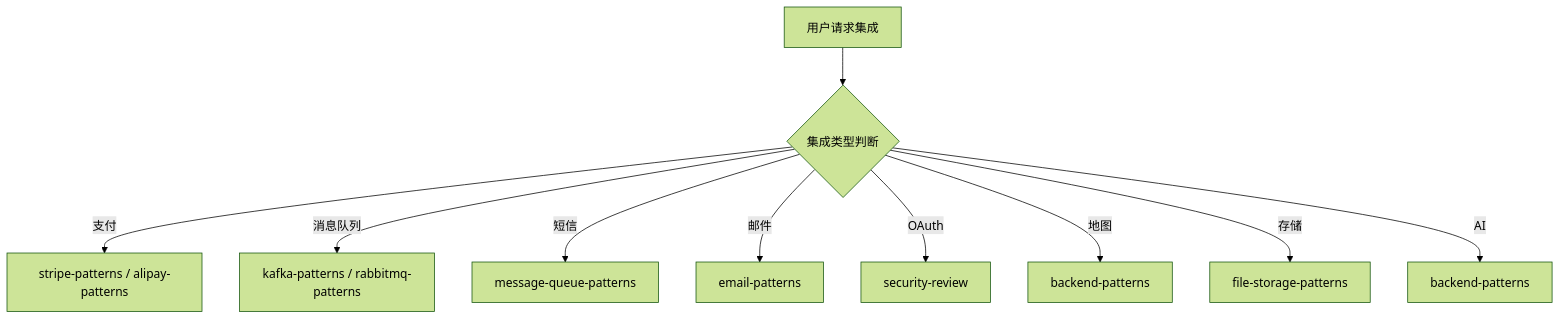
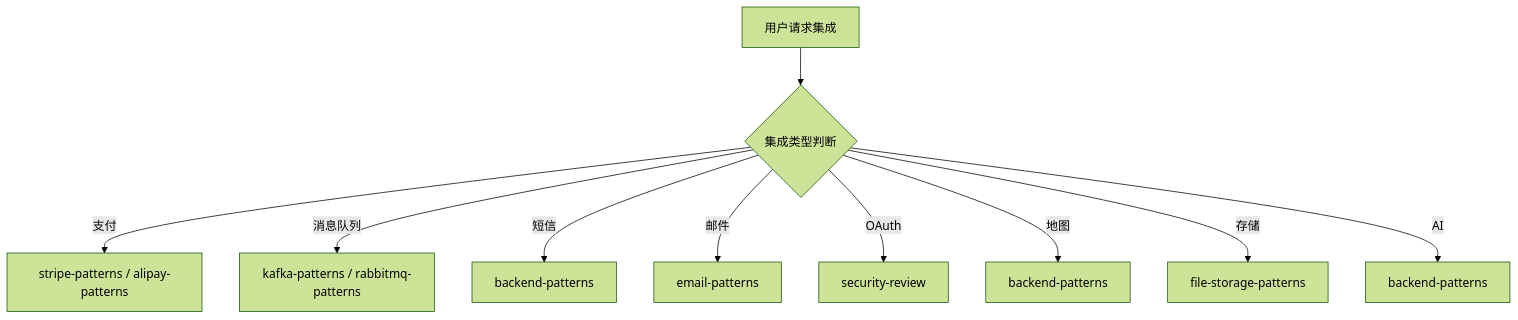
The diagram in agents/integration-team.md (Tooooommy/Trae-Workflow), drawn with Mermaid (forest theme) before and after one commit. The commit also changed other lines of this file and 11 other files, not shown here.

````diff
--- a/agents/integration-team.md
+++ b/agents/integration-team.md
@@ -38,12 +56,12 @@
 ```mermaid
 flowchart TD
     A[用户请求集成] --> B{集成类型判断}
     B -->|支付| C[stripe-patterns / alipay-patterns]
     B -->|消息队列| D[kafka-patterns / rabbitmq-patterns]
-    B -->|短信| E[message-queue-patterns]
+    B -->|短信| E[backend-patterns]
     B -->|邮件| F[email-patterns]
     B -->|OAuth| G[security-review]
     B -->|地图| H[backend-patterns]
     B -->|存储| I[file-storage-patterns]
     B -->|AI| J[backend-patterns]
 ```
````
